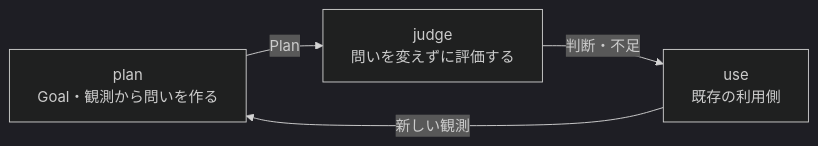
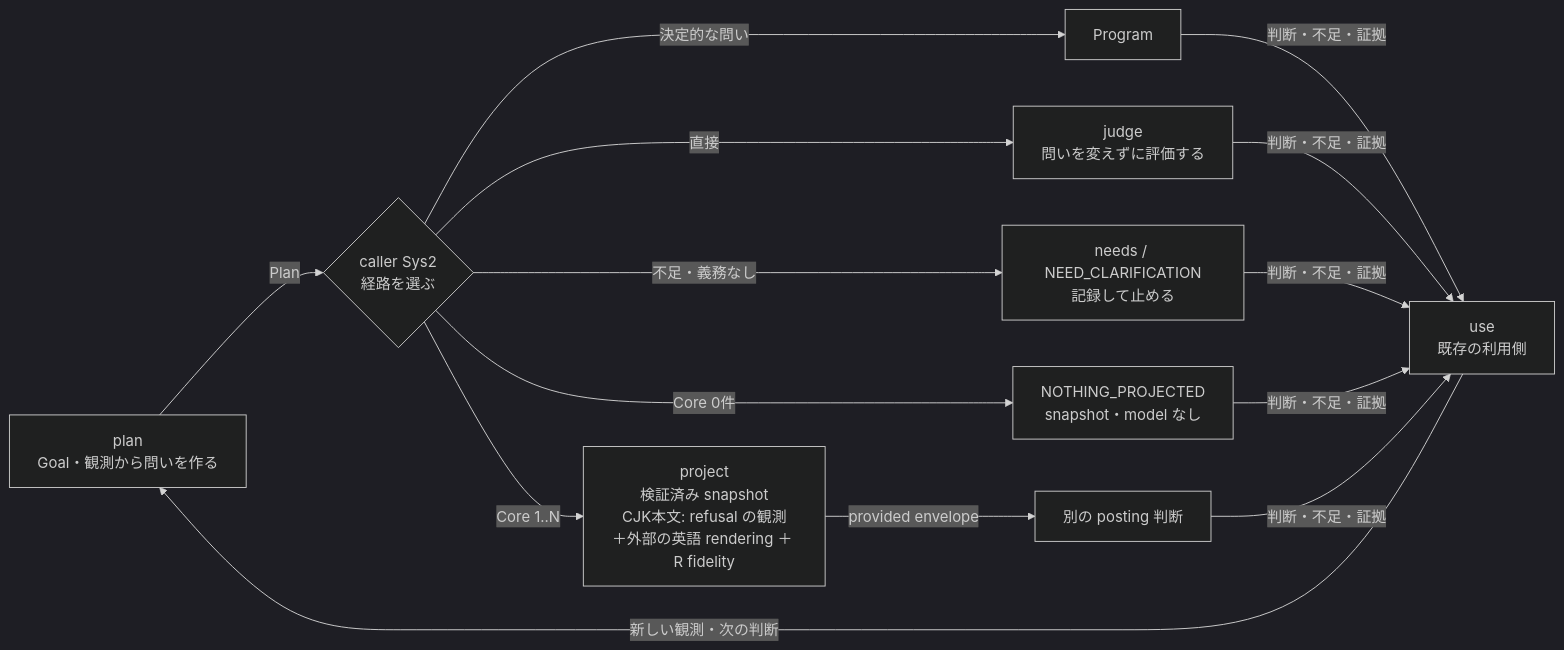
One commit to roccho-org/ops changed the diagram in experiments/goal-evaluation-unix/README.md. Above: the diagram before and after it, drawn with Mermaid (dark theme). The commit also changed other lines of this file and 2 other files, not shown here.

First line of the commit message:
feat(goal-eval): bind a literal CJK refusal snapshot and a supplied subject rendering in the caller

````diff
--- a/experiments/goal-evaluation-unix/README.md
+++ b/experiments/goal-evaluation-unix/README.md
@@ -5,6 +5,12 @@
 ```mermaid
 flowchart LR
-    P["plan<br/>Goal・観測から問いを作る"] -->|"Plan"| J["judge<br/>問いを変えずに評価する"]
-    J -->|"判断・不足"| U["use<br/>既存の利用側"]
-    U -->|"新しい観測"| P
+    P["plan<br/>Goal・観測から問いを作る"] -->|"Plan"| S{"caller Sys2<br/>経路を選ぶ"}
+    S -->|"決定的な問い"| G["Program"]
+    S -->|"直接"| J["judge<br/>問いを変えずに評価する"]
+    S -->|"不足・義務なし"| N["needs / NEED_CLARIFICATION<br/>記録して止める"]
+    S -->|"Core 0件"| Z["NOTHING_PROJECTED<br/>snapshot・model なし"]
+    S -->|"Core 1..N"| X["project<br/>検証済み snapshot<br/>CJK本文: refusal の観測<br/>＋外部の英語 rendering ＋ R fidelity"]
+    X -->|"provided envelope"| D["別の posting 判断"]
+    G & J & N & Z & D -->|"判断・不足・証拠"| U["use<br/>既存の利用側"]
+    U -->|"新しい観測・次の判断"| P
 ```
````
